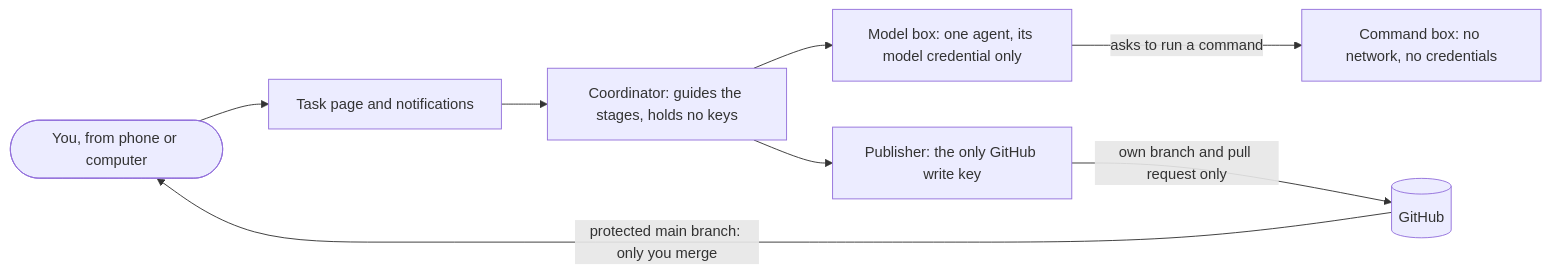
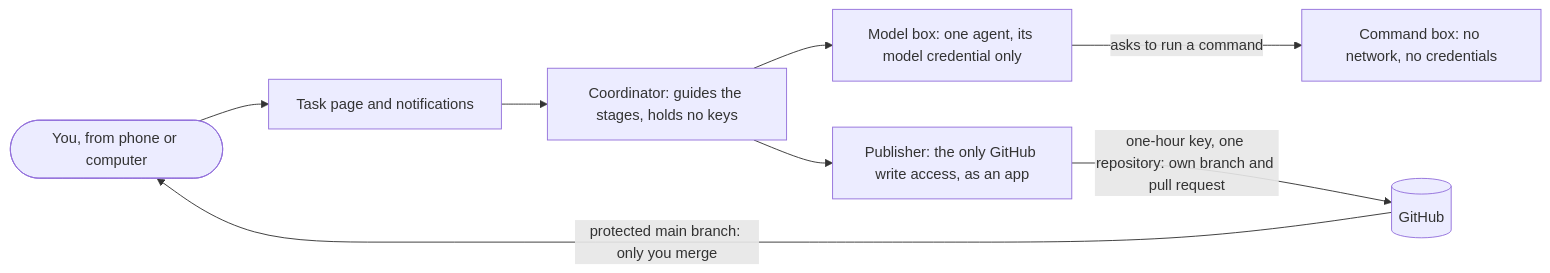
One commit to Gaan21/agent-factory-case-study changed the second of 2 diagrams in README.md. Above: the diagram before and after it, drawn with Mermaid. The commit also changed other lines of this file, not shown here.

First line of the commit message:
docs: the factory publishes as a dedicated GitHub App

````diff
--- a/README.md
+++ b/README.md
@@ -103,10 +106,10 @@
 ```mermaid
 flowchart LR
     You([You, from phone or computer]) --> Page[Task page and notifications]
     Page --> Coord[Coordinator: guides the stages, holds no keys]
     Coord --> ModelBox[Model box: one agent, its model credential only]
     ModelBox -->|asks to run a command| CmdBox[Command box: no network, no credentials]
-    Coord --> Pub[Publisher: the only GitHub write key]
-    Pub -->|own branch and pull request only| GH[(GitHub)]
+    Coord --> Pub[Publisher: the only GitHub write access, as an app]
+    Pub -->|one-hour key, one repository: own branch and pull request| GH[(GitHub)]
     GH -->|protected main branch: only you merge| You
 ```
````
